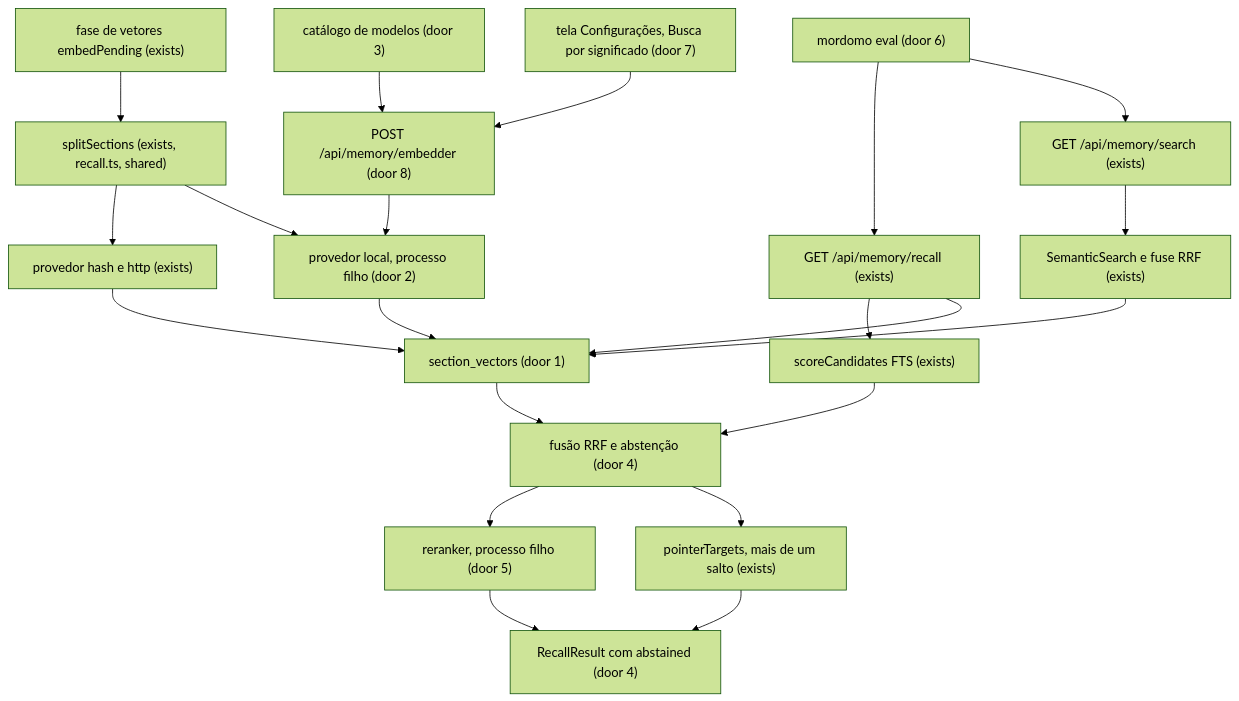
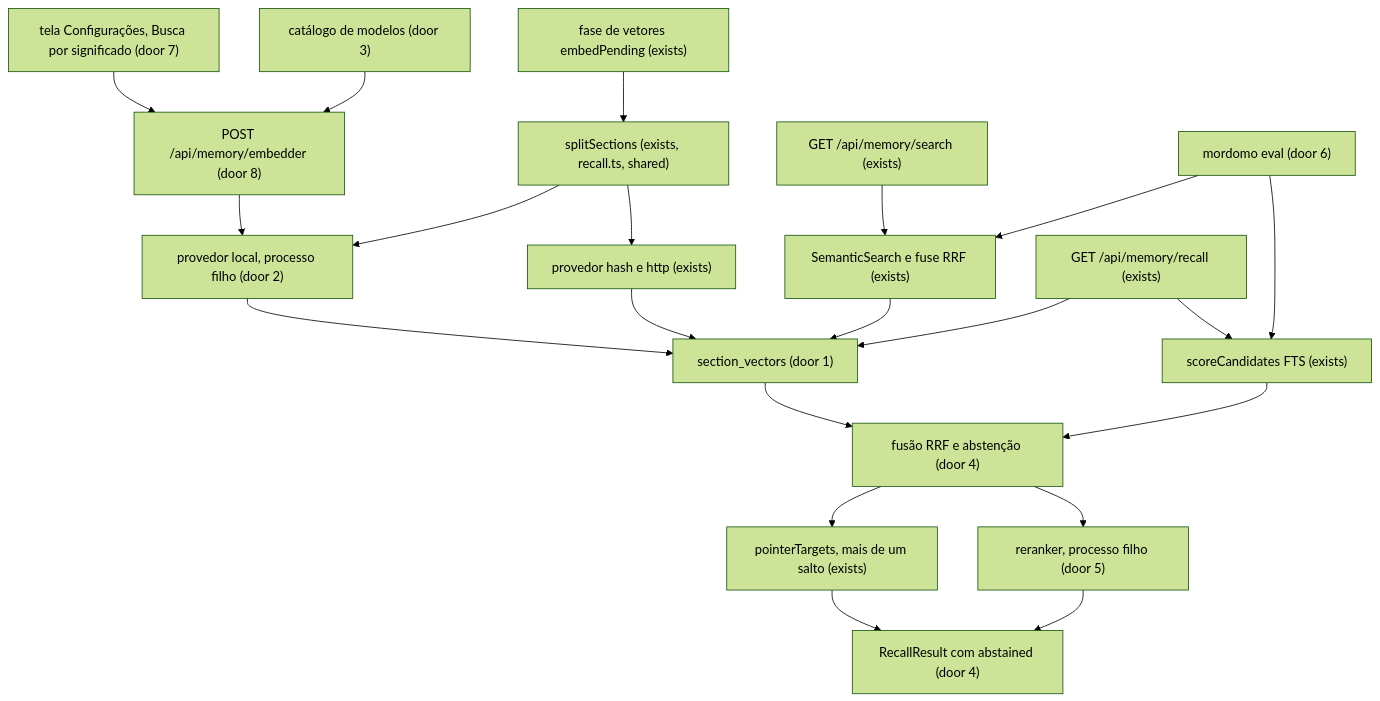
Before and after one commit to tvpl/agentic-os: the first of 2 diagrams in .specs/features/cerebro-busca-significado/plan.md, drawn with Mermaid (forest theme). The commit also changed other lines of this file, not shown here.

Commit message:
docs(specs): c9 flow says eval calls the search and recall functions
Claude-Session: https://claude.ai/code/session_01NeG4ZkSuYPTaU95ghRTUsG

````diff
--- a/.specs/features/cerebro-busca-significado/plan.md
+++ b/.specs/features/cerebro-busca-significado/plan.md
@@ -46,23 +46,23 @@
 ```mermaid
 flowchart TD
     IDX["fase de vetores embedPending (exists)"] --> SEC["splitSections (exists, recall.ts, shared)"]
     SEC --> EMB["provedor hash e http (exists)"]
     SEC --> LOC["provedor local, processo filho (door 2)"]
     EMB --> SV["section_vectors (door 1)"]
     LOC --> SV
     CAT["catálogo de modelos (door 3)"] --> DL["POST /api/memory/embedder (door 8)"]
     DL --> LOC
     Q1["GET /api/memory/search (exists)"] --> SS["SemanticSearch e fuse RRF (exists)"]
     SS --> SV
     Q2["GET /api/memory/recall (exists)"] --> SC["scoreCandidates FTS (exists)"]
     Q2 --> SV
     SC --> FU["fusão RRF e abstenção (door 4)"]
     SV --> FU
     FU --> RR["reranker, processo filho (door 5)"]
     FU --> PT["pointerTargets, mais de um salto (exists)"]
     PT --> OUT["RecallResult com abstained (door 4)"]
     RR --> OUT
-    EV["mordomo eval (door 6)"] --> Q2
-    EV --> Q1
+    EV["mordomo eval (door 6)"] --> SC
+    EV --> SS
     ST["tela Configurações, Busca por significado (door 7)"] --> DL
 ```
````
